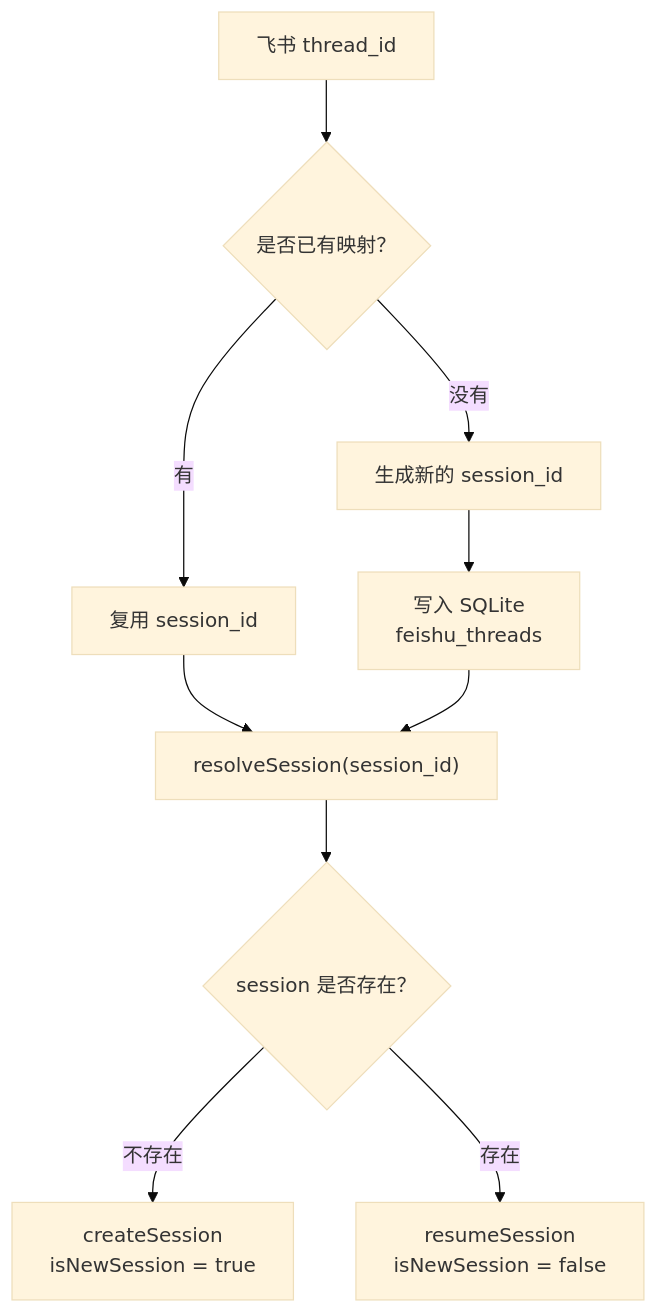
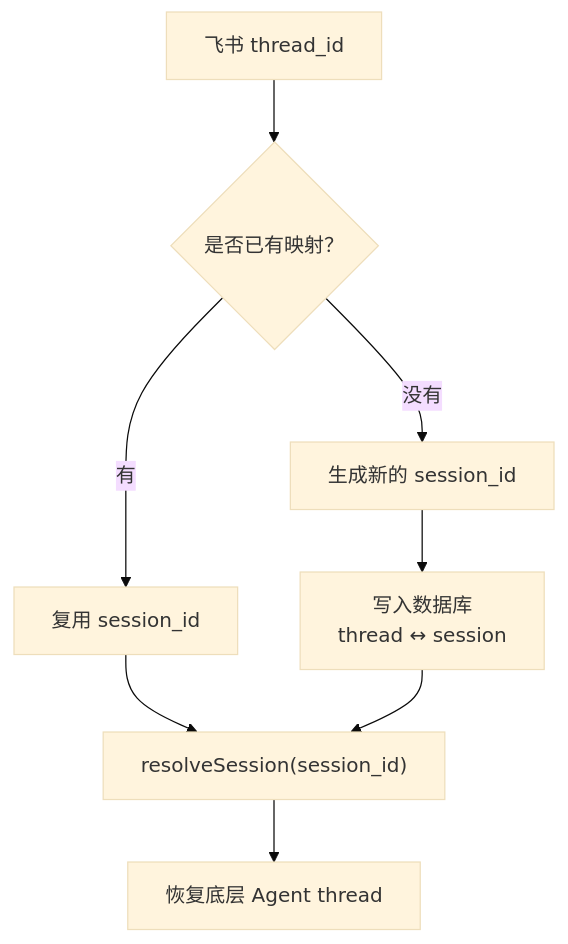
The third of 5 diagrams in docs/algorithms/LLM/inbox/260607_local_agent_runtime_agentara.md (catwithtudou/new_blog), drawn with Mermaid (base theme) before and after one commit. The commit also changed other lines of this file and 8 other files, not shown here.

````diff
--- a/docs/algorithms/LLM/inbox/260607_local_agent_runtime_agentara.md
+++ b/docs/algorithms/LLM/inbox/260607_local_agent_runtime_agentara.md
@@ -185,12 +192,10 @@
 ```mermaid
 flowchart TB
-    A["飞书 thread_id"] --> B{"是否已有映射？"}
-    B -->|有| C["复用 session_id"]
-    B -->|没有| D["生成新的 session_id"]
-    D --> E["写入 SQLite<br/>feishu_threads"]
-    C --> F["resolveSession(session_id)"]
-    E --> F
-    F --> G{"session 是否存在？"}
-    G -->|不存在| H["createSession<br/>isNewSession = true"]
-    G -->|存在| I["resumeSession<br/>isNewSession = false"]
+  A["飞书 thread_id"] --> B{"是否已有映射？"}
+  B -->|有| C["复用 session_id"]
+  B -->|没有| D["生成新的 session_id"]
+  D --> E["写入数据库<br/>thread ↔ session"]
+  C --> F["resolveSession(session_id)"]
+  E --> F
+  F --> G["恢复底层 Agent thread"]
 ```
````
